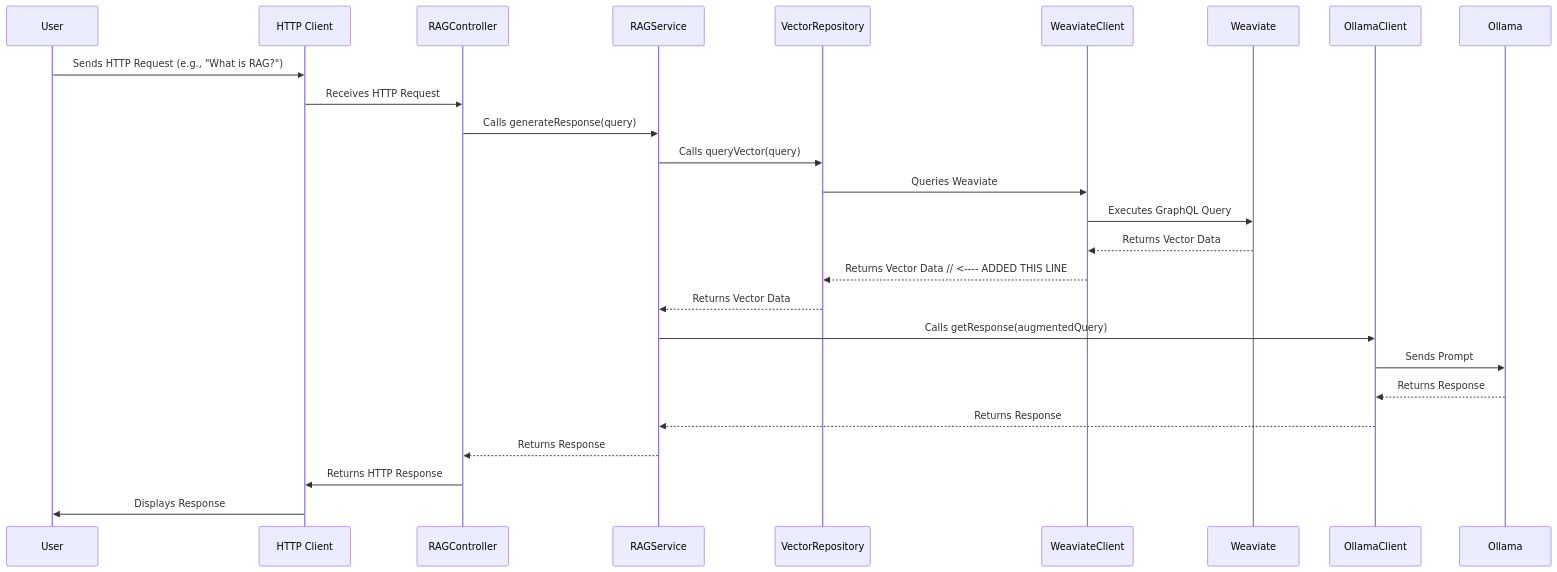
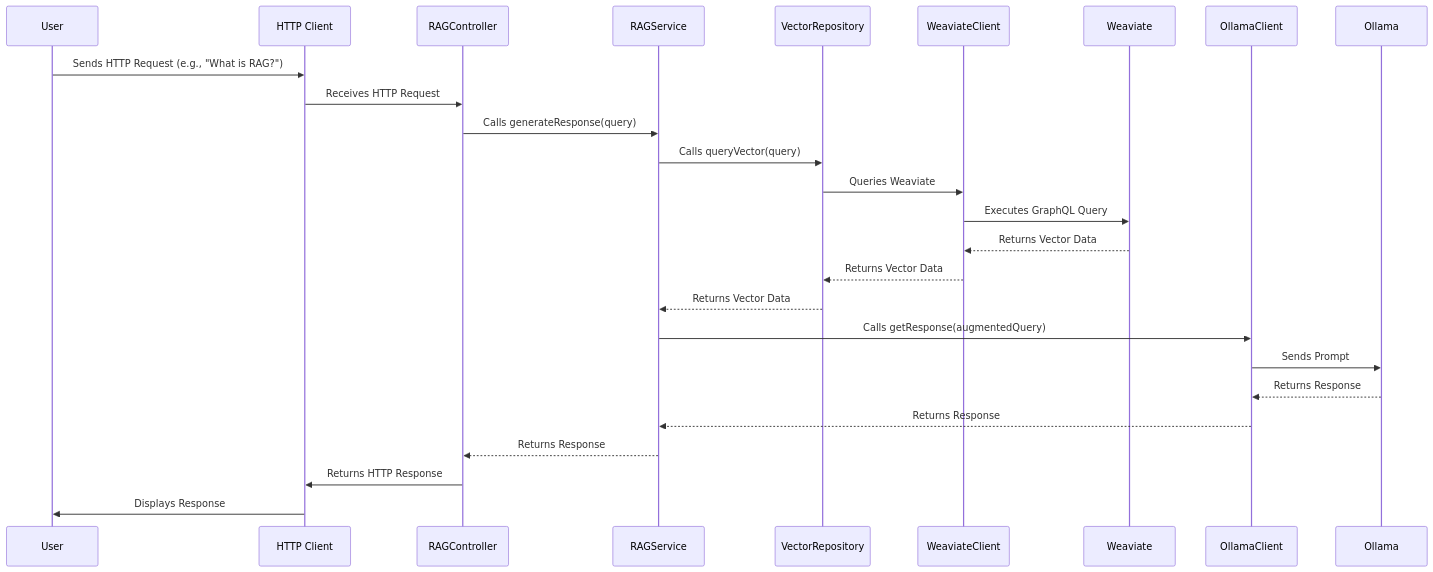
The diagram in README.md (jeff-gitcode/rag-nodejs-api), drawn with Mermaid before and after one commit.

````diff
--- a/README.md
+++ b/README.md
@@ -10,29 +10,29 @@
 ```mermaid
 sequenceDiagram
     participant User
     participant HTTP Client
     participant RAGController
     participant RAGService
     participant VectorRepository
     participant WeaviateClient
     participant Weaviate
     participant OllamaClient
     participant Ollama
 
     User->>HTTP Client: Sends HTTP Request (e.g., "What is RAG?")
     HTTP Client->>RAGController: Receives HTTP Request
     RAGController->>RAGService: Calls generateResponse(query)
     RAGService->>VectorRepository: Calls queryVector(query)
     VectorRepository->>WeaviateClient: Queries Weaviate
     WeaviateClient->>Weaviate: Executes GraphQL Query
     Weaviate-->>WeaviateClient: Returns Vector Data
-    WeaviateClient-->>VectorRepository: Returns Vector Data  // <---- ADDED THIS LINE
+    WeaviateClient-->>VectorRepository: Returns Vector Data
     VectorRepository-->>RAGService: Returns Vector Data
     RAGService->>OllamaClient: Calls getResponse(augmentedQuery)
     OllamaClient->>Ollama: Sends Prompt
     Ollama-->>OllamaClient: Returns Response
     OllamaClient-->>RAGService: Returns Response
     RAGService-->>RAGController: Returns Response
     RAGController->>HTTP Client: Returns HTTP Response
     HTTP Client->>User: Displays Response
 ```
````
